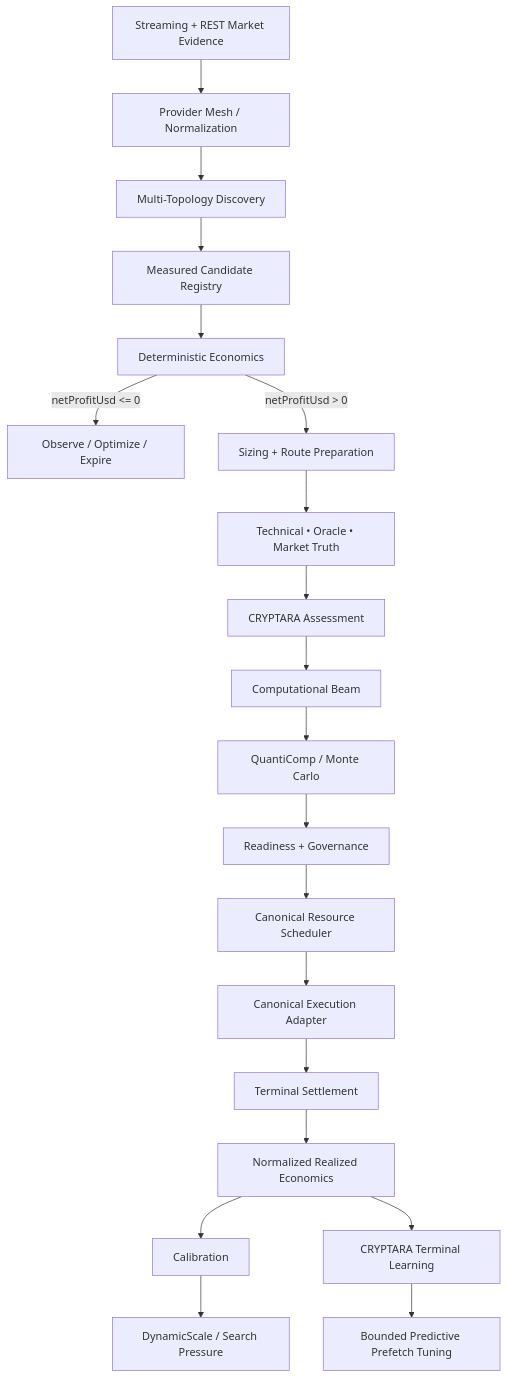
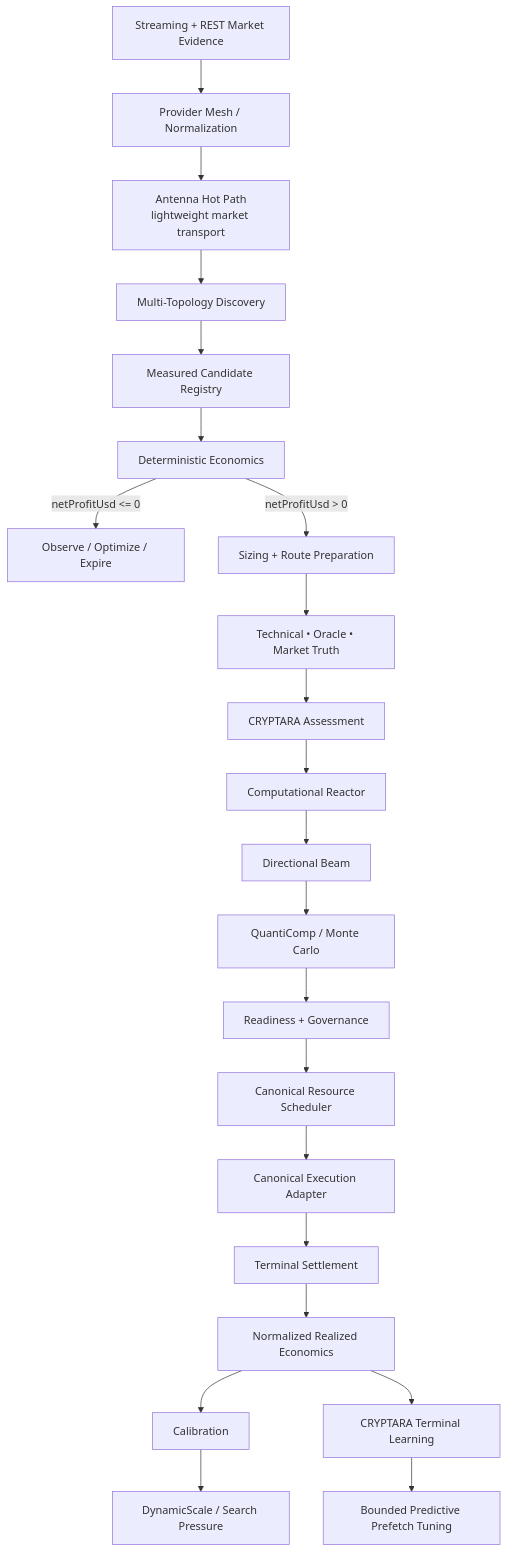
The fourth of 13 diagrams in README.md (Rjdclink/Bad-Blue), drawn with Mermaid before and after one commit. The commit also changed other lines of this file, not shown here.

````diff
--- a/README.md
+++ b/README.md
@@ -245,26 +224,28 @@
 ```mermaid
 flowchart TD
     DATA["Streaming + REST Market Evidence"] --> MESH["Provider Mesh / Normalization"]
-    MESH --> DISC["Multi-Topology Discovery"]
+    MESH --> ANT["Antenna Hot Path\nlightweight market transport"]
+    ANT --> DISC["Multi-Topology Discovery"]
     DISC --> REG["Measured Candidate Registry"]
     REG --> ECON["Deterministic Economics"]
 
     ECON -->|"netProfitUsd <= 0"| OBS["Observe / Optimize / Expire"]
     ECON -->|"netProfitUsd > 0"| SIZE["Sizing + Route Preparation"]
 
     SIZE --> EVID["Technical • Oracle • Market Truth"]
     EVID --> CRYPTARA["CRYPTARA Assessment"]
-    CRYPTARA --> BEAM["Computational Beam"]
+    CRYPTARA --> REACTOR["Computational Reactor"]
+    REACTOR --> BEAM["Directional Beam"]
     BEAM --> QUANTI["QuantiComp / Monte Carlo"]
 
     QUANTI --> READY["Readiness + Governance"]
     READY --> SCHED["Canonical Resource Scheduler"]
     SCHED --> EXEC["Canonical Execution Adapter"]
     EXEC --> SETTLE["Terminal Settlement"]
 
     SETTLE --> REAL["Normalized Realized Economics"]
     REAL --> CAL["Calibration"]
     REAL --> CORTEX["CRYPTARA Terminal Learning"]
     CAL --> SCALE["DynamicScale / Search Pressure"]
     CORTEX --> PREFETCH["Bounded Predictive Prefetch Tuning"]
 ```
````
